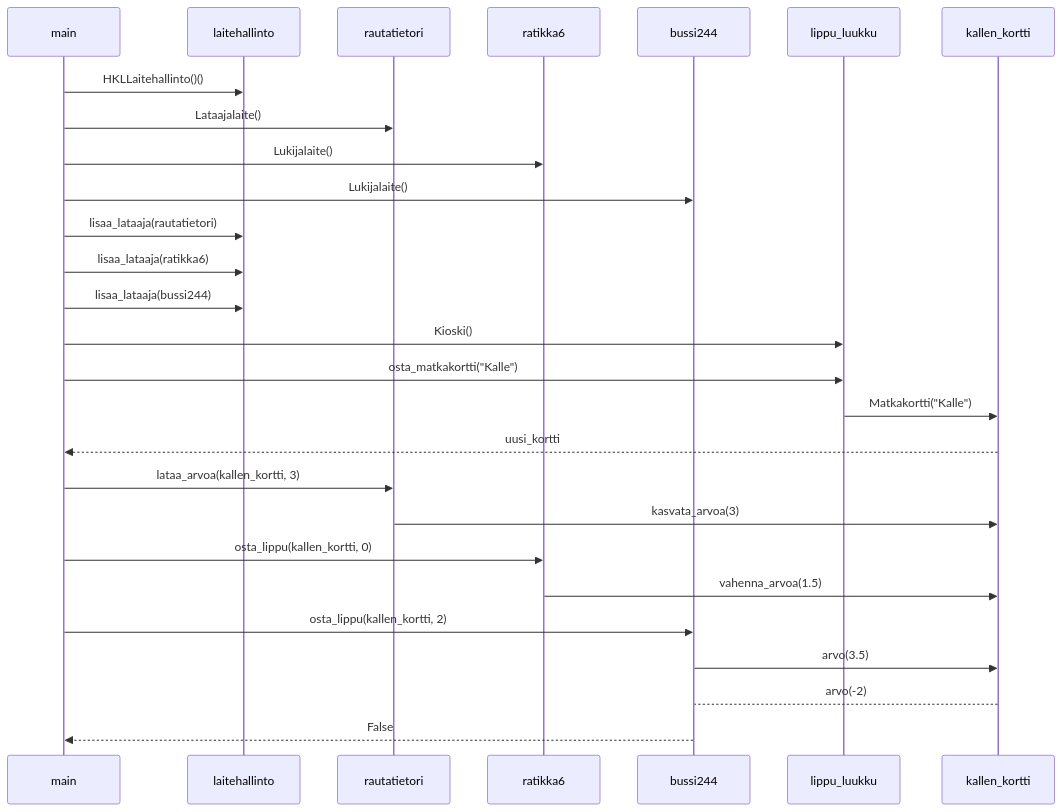
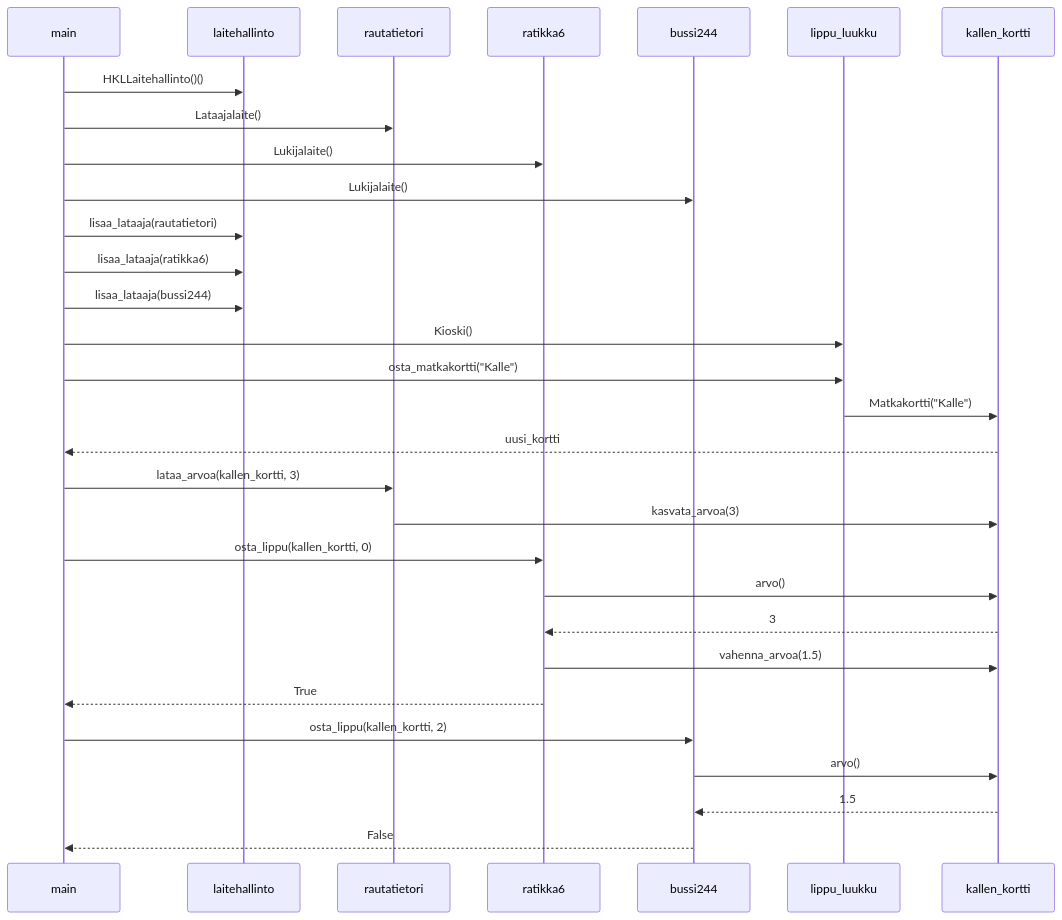
One commit to syrvil/ot-harjoitustyo changed the fourth of 4 diagrams in laskarit/viikko3/kaaviot.md. Above: the diagram before and after it, drawn with Mermaid.

````diff
--- a/laskarit/viikko3/kaaviot.md
+++ b/laskarit/viikko3/kaaviot.md
@@ -78,30 +78,33 @@
 ```mermaid
 sequenceDiagram
     main ->> laitehallinto: HKLLaitehallinto()()
     main ->> rautatietori: Lataajalaite()
     main ->> ratikka6: Lukijalaite()
     main ->> bussi244: Lukijalaite()
     
     main ->> laitehallinto: lisaa_lataaja(rautatietori)
     main ->> laitehallinto: lisaa_lataaja(ratikka6)
     main ->> laitehallinto: lisaa_lataaja(bussi244)
 
     main ->> lippu_luukku: Kioski()
     main ->> lippu_luukku: osta_matkakortti("Kalle")
     lippu_luukku ->> kallen_kortti: Matkakortti("Kalle")
     kallen_kortti-->> main: uusi_kortti
     
     main ->> rautatietori: lataa_arvoa(kallen_kortti, 3)
     rautatietori ->> kallen_kortti: kasvata_arvoa(3)
     
     main ->> ratikka6: osta_lippu(kallen_kortti, 0)
+    ratikka6 ->> kallen_kortti: arvo()
+    kallen_kortti -->> ratikka6: 3
     ratikka6 ->> kallen_kortti: vahenna_arvoa(1.5)
-
+    ratikka6 -->> main: True
+    
     main ->> bussi244: osta_lippu(kallen_kortti, 2)
-    bussi244 ->> kallen_kortti: arvo(3.5)
-    kallen_kortti --> bussi244: arvo(-2)
+    bussi244 ->> kallen_kortti: arvo()
+    kallen_kortti -->> bussi244: 1.5
     bussi244 -->> main: False
 
 
 
 ```
````
